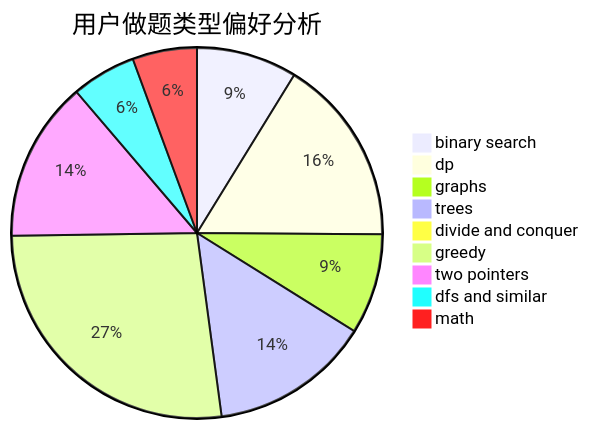
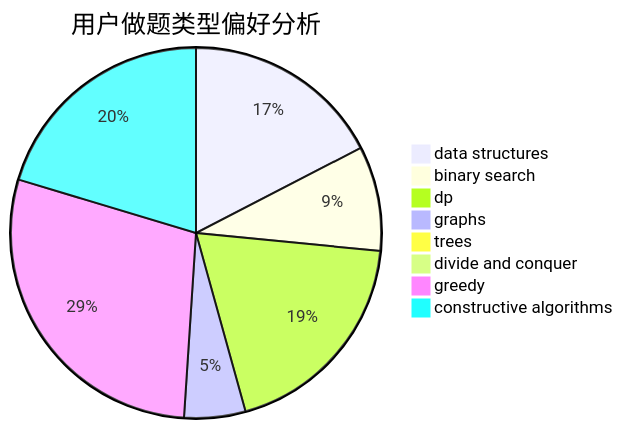
Before and after one commit to sherpahu/cfrs.github.io: the second of 3 diagrams in docs/user/u1262.md, drawn with Mermaid. The commit also changed other lines of this file and 2775 other files, not shown here.

````diff
--- a/docs/user/u1262.md
+++ b/docs/user/u1262.md
@@ -23,12 +23,11 @@
 ```mermaid
 pie title 用户做题类型偏好分析
-    "binary search" :  64
-    "dp" :  119
-    "graphs" :  64
-    "trees" :  102
-    "divide and conquer" :  7
-    "greedy" :  196
-    "two pointers" :  102
-    "dfs and similar" :  41
-    "math" :  41
+    "data structures" :  101
+    "binary search" :  53
+    "dp" :  111
+    "graphs" :  31
+    "trees" :  0
+    "divide and conquer" :  0
+    "greedy" :  166
+    "constructive algorithms" :  118
 ```
````
